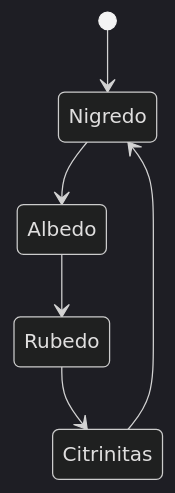
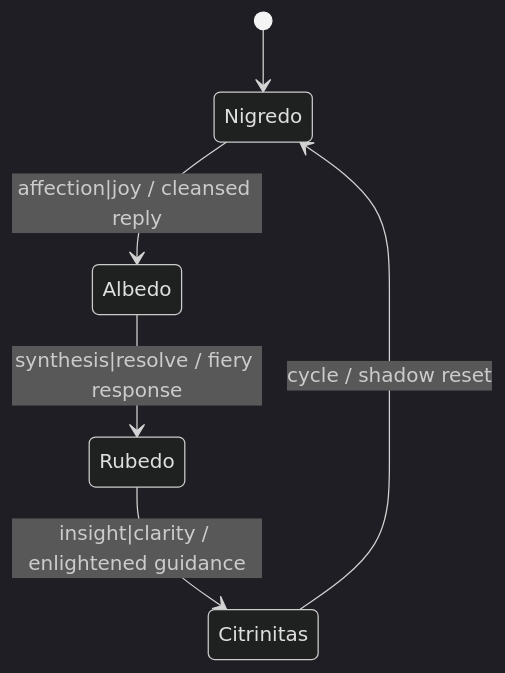
The diagram in docs/ALBEDO_LAYER.md (DINGIRABZU/ABZU), drawn with Mermaid (dark theme) before and after one commit. The commit also changed other lines of this file and 1 other file, not shown here.

Commit message:
docs: add albedo state diagram

````diff
--- a/docs/ALBEDO_LAYER.md
+++ b/docs/ALBEDO_LAYER.md
@@ -43,8 +43,13 @@
 ```mermaid
 stateDiagram-v2
-    [*] --> Nigredo
-    Nigredo --> Albedo
-    Albedo --> Rubedo
-    Rubedo --> Citrinitas
-    Citrinitas --> Nigredo
+    state "Nigredo" as N
+    state "Albedo" as A
+    state "Rubedo" as R
+    state "Citrinitas" as C
+
+    [*] --> N
+    N --> A: affection|joy / cleansed reply
+    A --> R: synthesis|resolve / fiery response
+    R --> C: insight|clarity / enlightened guidance
+    C --> N: cycle / shadow reset
 ```
````
